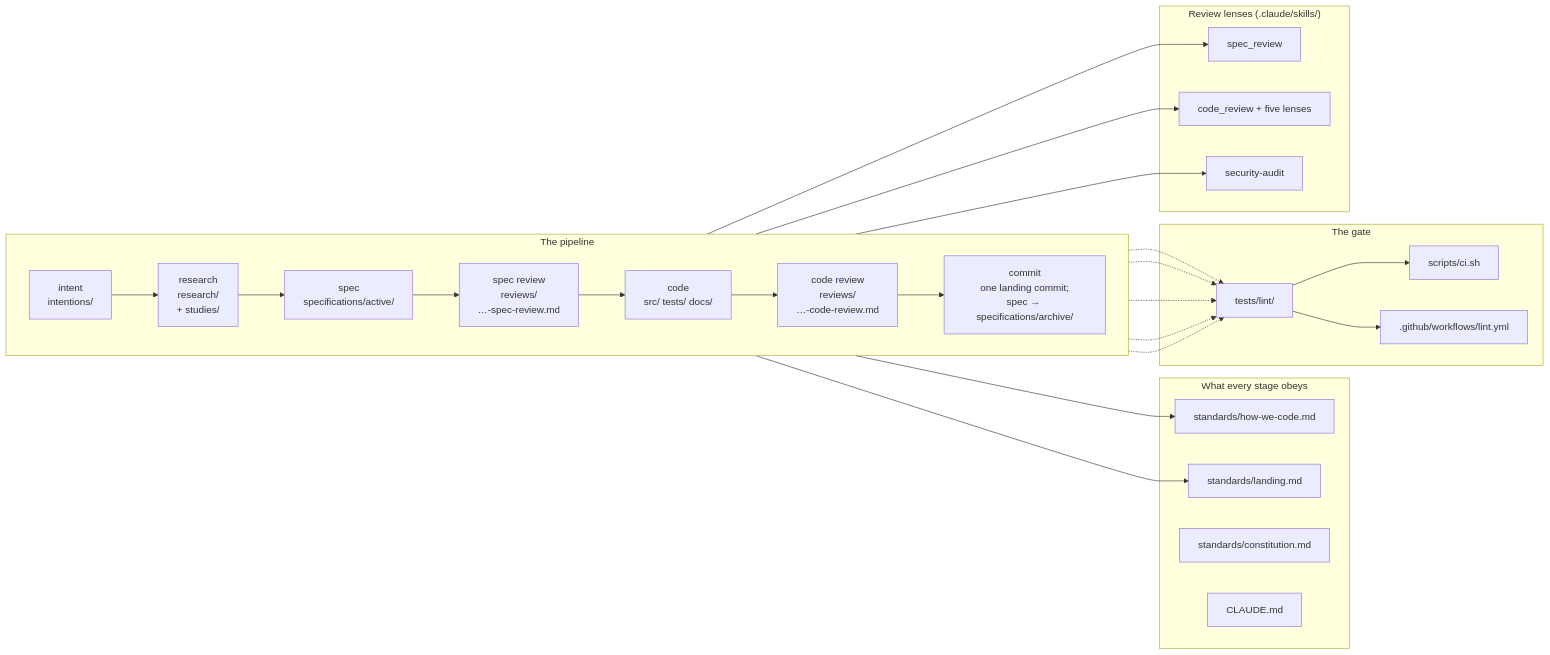
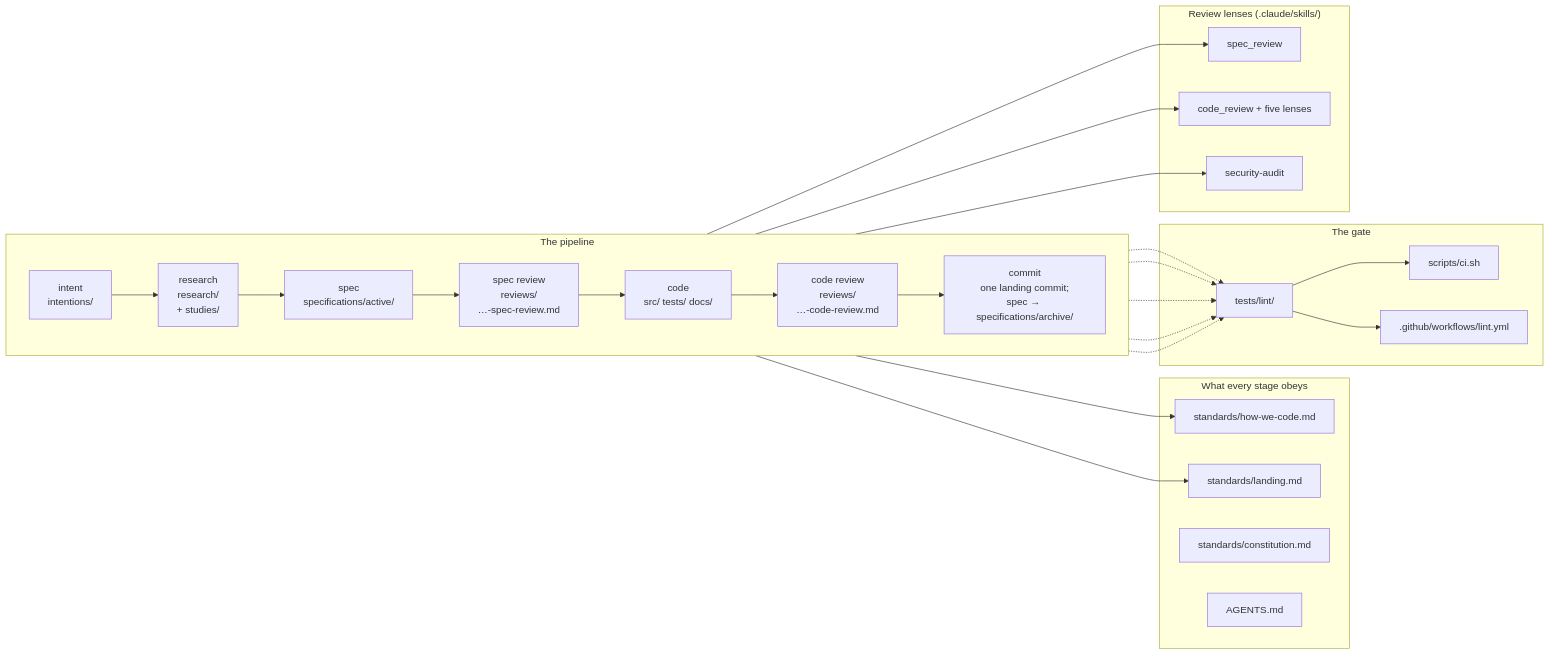
The diagram in context/README.md (ClayGendron/vfs), drawn with Mermaid before and after one commit. The commit also changed 18 other files, not shown here.

````diff
--- a/context/README.md
+++ b/context/README.md
@@ -9,36 +9,36 @@
 ```mermaid
 flowchart LR
   classDef planned stroke-dasharray: 6 4,stroke-width:2px;
   subgraph stages["The pipeline"]
     direction LR
     I["intent<br/>intentions/"] --> R["research<br/>research/<br/>+ studies/"] --> S["spec<br/>specifications/active/"] --> SR["spec review<br/>reviews/<br/>…-spec-review.md"] --> C["code<br/>src/ tests/ docs/"] --> CR["code review<br/>reviews/<br/>…-code-review.md"] --> L["commit<br/>one landing commit;<br/>spec → specifications/archive/"]
   end
   subgraph standards["What every stage obeys"]
     HWC["standards/how-we-code.md"]
     LAND["standards/landing.md"]
     CONST["standards/constitution.md"]
-    CL["CLAUDE.md"]
+    CL["AGENTS.md"]
   end
   subgraph gate["The gate"]
     LINT["tests/lint/"]
     CI["scripts/ci.sh"]
     LY[".github/workflows/lint.yml"]
   end
   subgraph skills["Review lenses (.claude/skills/)"]
     SPR["spec_review"]
     COR["code_review + five lenses"]
     SEC["security-audit"]
   end
   C --> HWC
   L --> LAND
   SR --> SPR
   CR --> COR
   CR --> SEC
   LINT --> CI
   LINT --> LY
   I -.-> LINT
   R -.-> LINT
   S -.-> LINT
   SR -.-> LINT
   CR -.-> LINT
 ```
````
